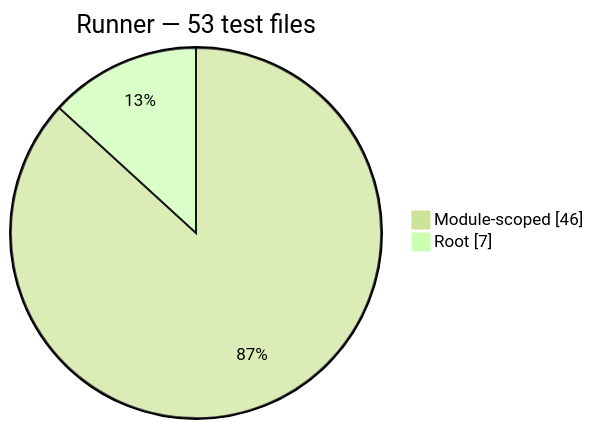
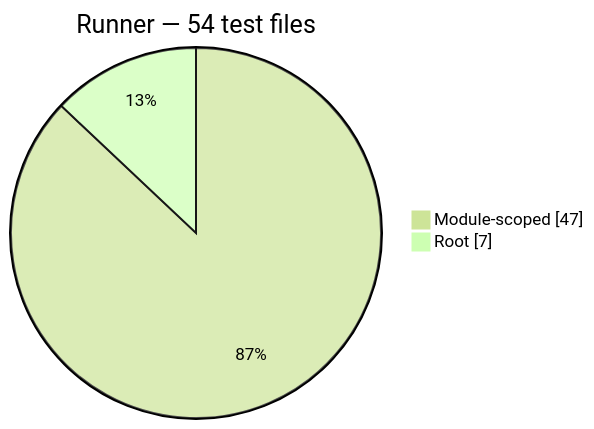
The seventh of 13 diagrams in docs/generated/test-composition.md (PHP-Arazzo/php-arazzo), drawn with Mermaid (forest theme) before and after one commit. The commit also changed other lines of this file and 7 other files, not shown here.

````diff
--- a/docs/generated/test-composition.md
+++ b/docs/generated/test-composition.md
@@ -106,6 +106,6 @@
 ```mermaid
 pie showData
-    title Runner — 53 test files
-    "Module-scoped": 46
+    title Runner — 54 test files
+    "Module-scoped": 47
     "Root": 7
 ```
````
